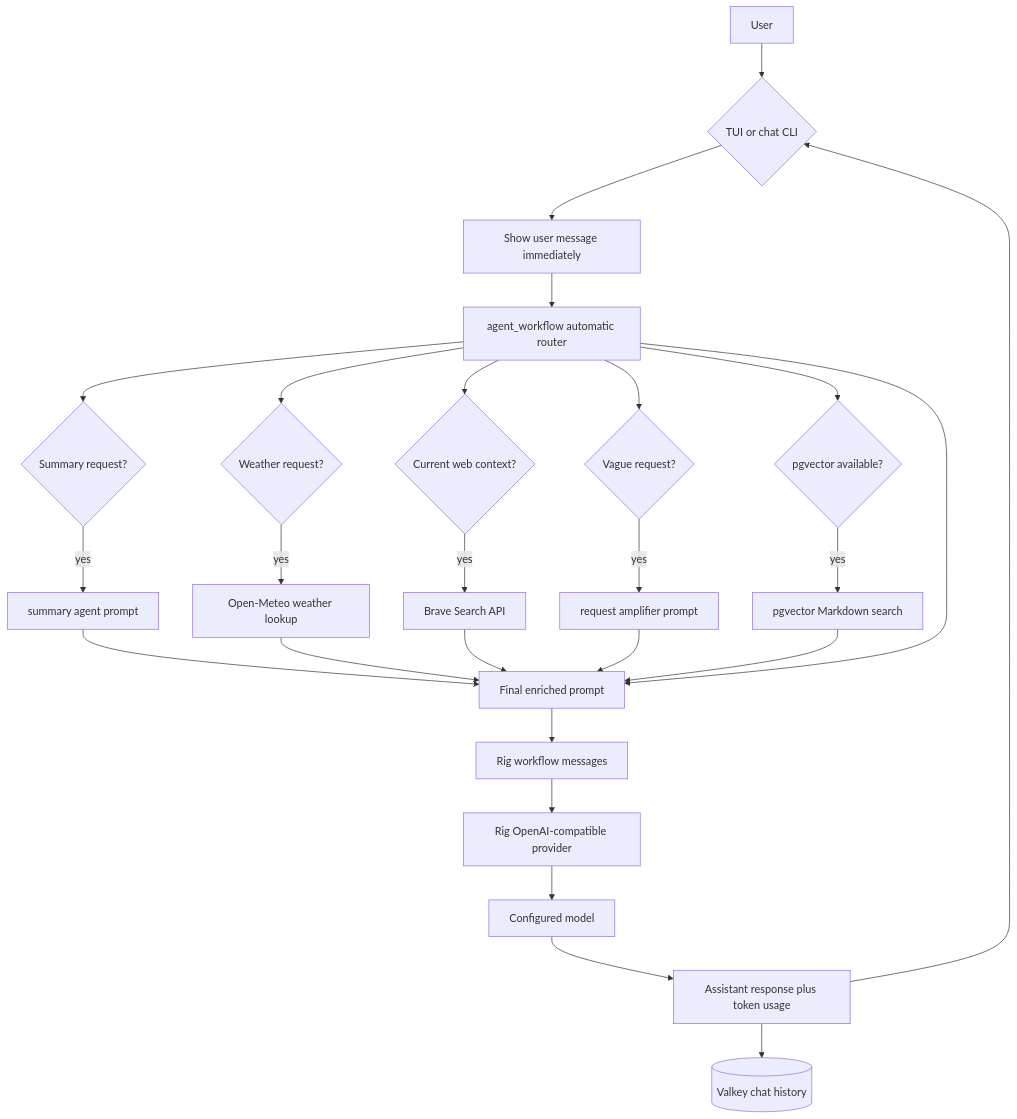
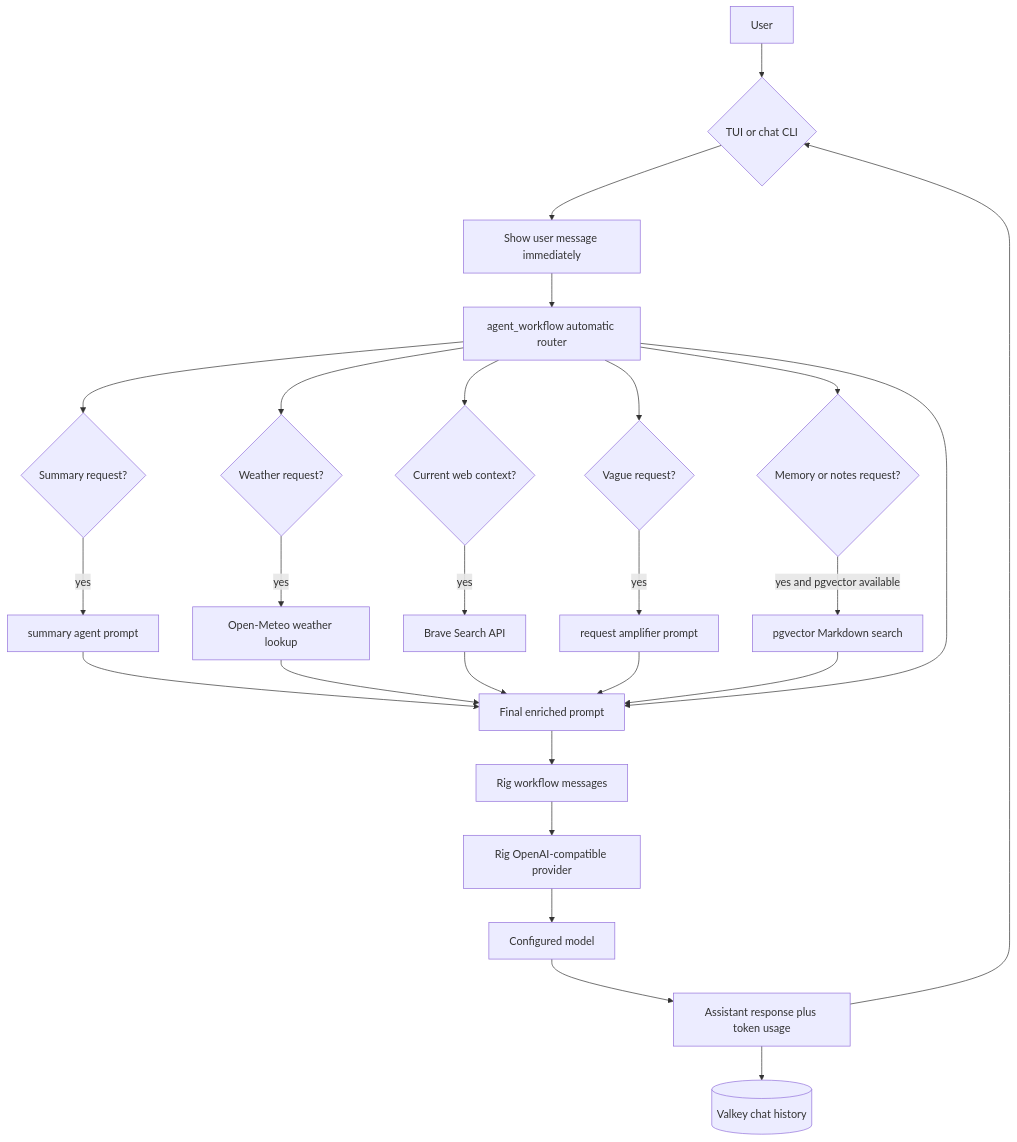
The first of 3 diagrams in README.md (espseongsm/agent-short-long-term-memory), drawn with Mermaid before and after one commit. The commit also changed other lines of this file and 6 other files, not shown here.

````diff
--- a/README.md
+++ b/README.md
@@ -62,32 +62,32 @@
 ```mermaid
 flowchart TD
     User[User] --> Interface{TUI or chat CLI}
     Interface --> LocalEcho[Show user message immediately]
     LocalEcho --> Router[agent_workflow automatic router]
 
     Router --> Summary{Summary request?}
     Router --> Weather{Weather request?}
     Router --> Web{Current web context?}
     Router --> Amplifier{Vague request?}
-    Router --> Ltm{pgvector available?}
+    Router --> Ltm{Memory or notes request?}
 
     Summary -->|yes| SummaryAgent[summary agent prompt]
     Weather -->|yes| WeatherLookup[Open-Meteo weather lookup]
     Web -->|yes| Brave[Brave Search API]
     Amplifier -->|yes| AmplifierAgent[request amplifier prompt]
-    Ltm -->|yes| PgSearch[pgvector Markdown search]
+    Ltm -->|yes and pgvector available| PgSearch[pgvector Markdown search]
 
     SummaryAgent --> Prompt[Final enriched prompt]
     WeatherLookup --> Prompt
     Brave --> Prompt
     AmplifierAgent --> Prompt
     PgSearch --> Prompt
     Router --> Prompt
 
     Prompt --> RigMessages[Rig workflow messages]
     RigMessages --> Provider[Rig OpenAI-compatible provider]
     Provider --> Model[Configured model]
     Model --> Assistant[Assistant response plus token usage]
     Assistant --> Valkey[(Valkey chat history)]
     Assistant --> Interface
 ```
````
